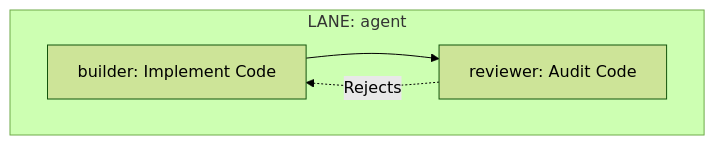
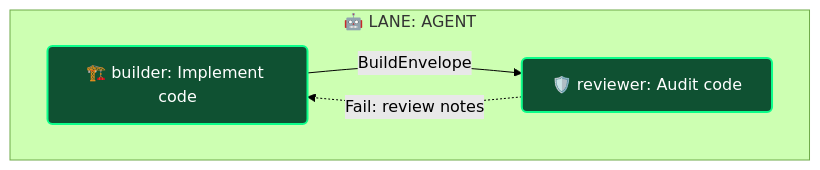
One commit to saulfernandez-me/agno-self-contain-software-factor changed the diagram in templates/apf_scaffold/workflows/build_review/graph.mermaid. Above: the diagram before and after it, drawn with Mermaid (forest theme). The commit also changed 14 other files, not shown here.

Commit message:
refactor: upgrade all workflow diagrams to the APF Mermaid v2.0 visual standard

```diff
--- a/templates/apf_scaffold/workflows/build_review/graph.mermaid
+++ b/templates/apf_scaffold/workflows/build_review/graph.mermaid
@@ -1,7 +1,11 @@
 graph TD
-    subgraph "LANE: agent"
-        BUILD["builder: Implement Code"]:::agent
-        REVIEW["reviewer: Audit Code"]:::agent
+    %% APF Color Palette
+    classDef agent fill:#0f5132,stroke:#0dfd8a,stroke-width:2px,color:#fff,rx:5px,ry:5px
+
+    subgraph "🤖 LANE: AGENT"
+        BUILD["🏗️ builder: Implement code"]:::agent
+        REV["🛡️ reviewer: Audit code"]:::agent
     end
-    BUILD --> REVIEW
-    REVIEW -.->|Rejects| BUILD
+    
+    BUILD -->|BuildEnvelope| REV
+    REV -.->|Fail: review notes| BUILD
```
